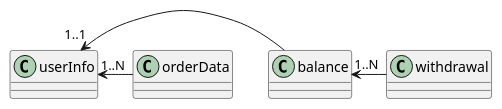
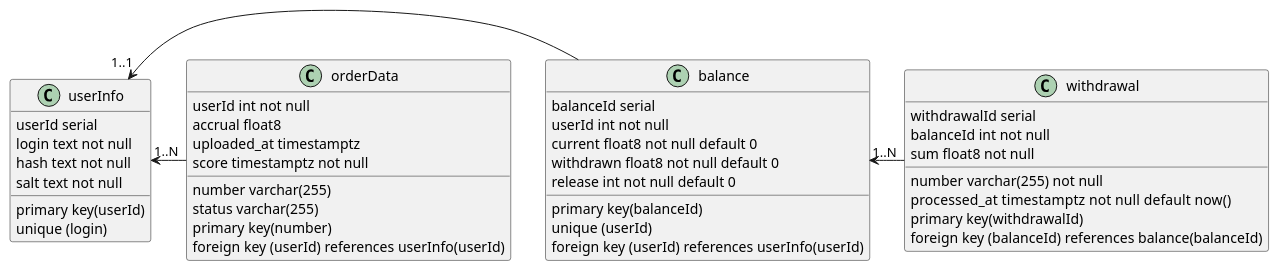
The diagram in adr/adr_007_database_structure_2024_04_19.md (yandex-praktikum/go-musthave-diploma-tpl), drawn with PlantUML before and after one commit.

Commit message:
добавил поля

````diff
--- a/adr/adr_007_database_structure_2024_04_19.md
+++ b/adr/adr_007_database_structure_2024_04_19.md
@@ -13,18 +13,51 @@
 ```plantuml
 @startuml
-class userInfo
-class balance
+class userInfo{
+    userId serial
+	login text not null
+	hash text not null
+	salt text not null
+    primary key(userId)
+    unique (login)
+}
+class balance {
+    balanceId serial
+	userId int not null
+	current float8 not null default 0
+	withdrawn float8 not null default 0
+	release int not null default 0
+	primary key(balanceId)
+	unique (userId)
+	foreign key (userId) references userInfo(userId)
+}
 
 userInfo "1..1" <- balance
 
-class orderData
+class orderData {
+    number varchar(255)
+    userId int not null
+    status varchar(255)
+	accrual float8
+    uploaded_at timestamptz
+	score timestamptz not null
+    primary key(number)
+	foreign key (userId) references userInfo(userId)
+}
 
 userInfo "1..N" <- orderData
 
-class withdrawal
+class withdrawal {
+    withdrawalId serial
+	balanceId int not null
+	number varchar(255) not null
+	sum float8 not null
+	processed_at  timestamptz not null default now()
+	primary key(withdrawalId)
+	foreign key (balanceId) references balance(balanceId)
+}
 
 balance "1..N" <-  withdrawal
 
 @enduml
 
 ```
````
